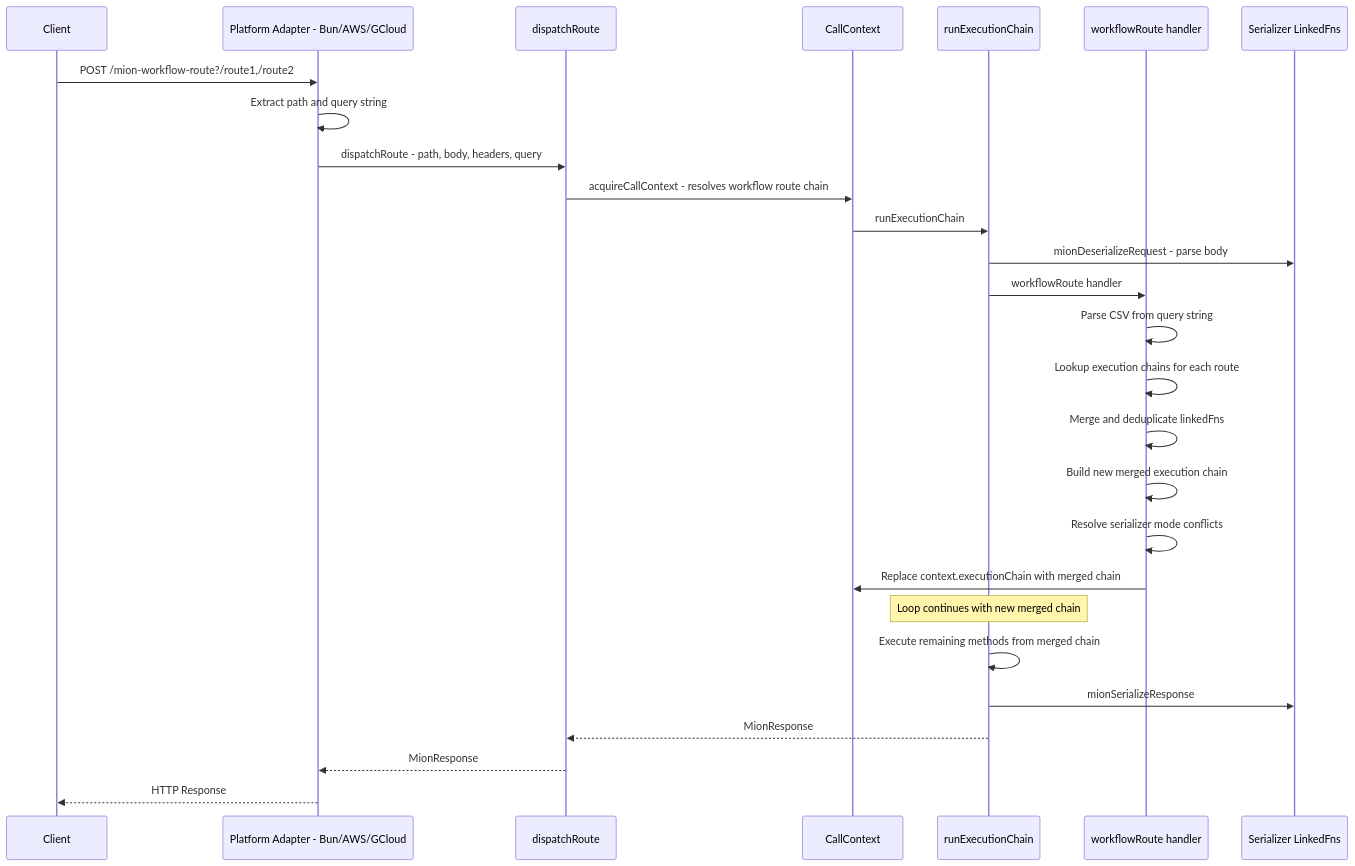
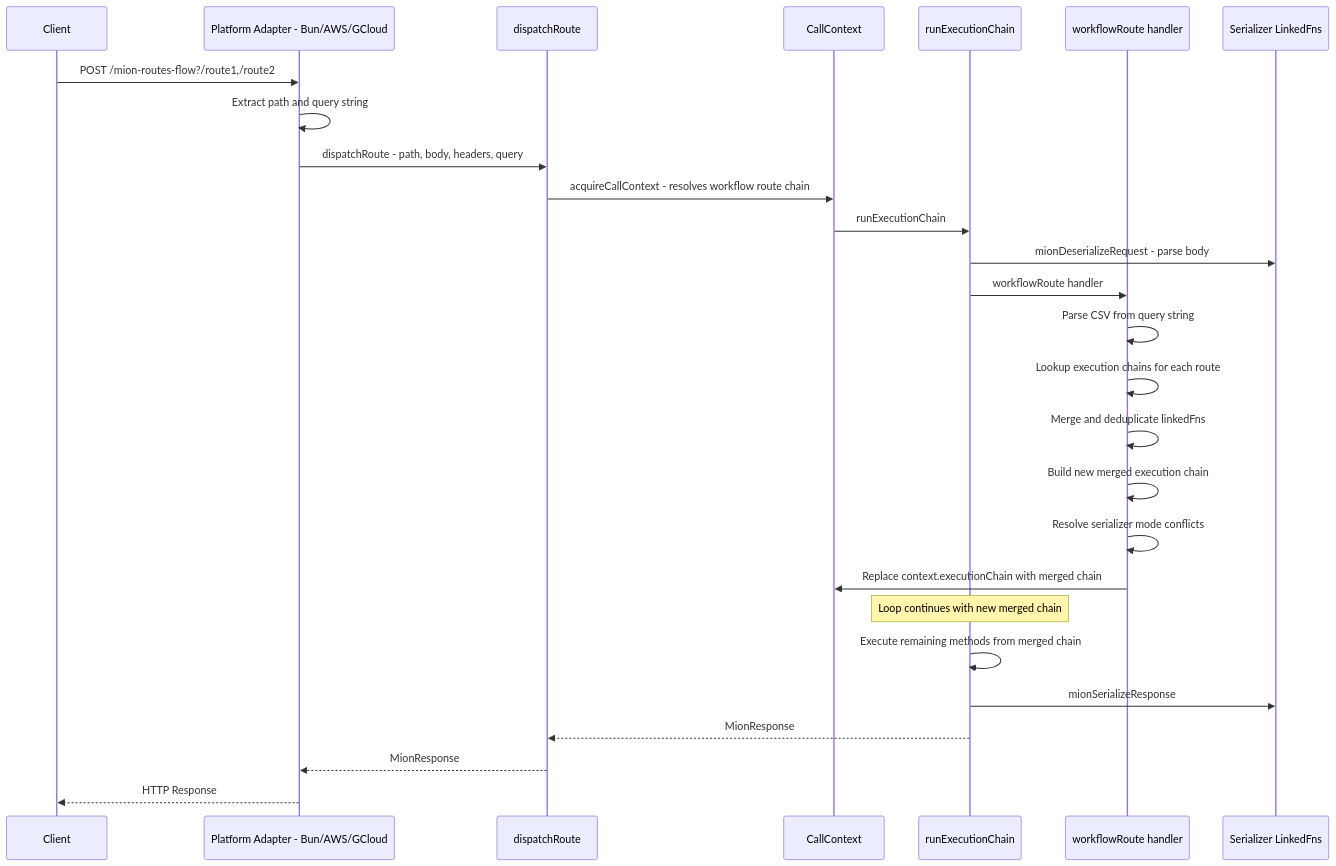
One commit to MionKit/mion changed the first of 2 diagrams in plans/workflow-feature.md. Above: the diagram before and after it, drawn with Mermaid. The commit also changed other lines of this file and 26 other files, not shown here.

Commit message:
rename workflow to routesFlow

````diff
--- a/plans/workflow-feature.md
+++ b/plans/workflow-feature.md
@@ -15,30 +15,30 @@
 ```mermaid
 sequenceDiagram
     participant Client
     participant Adapter as Platform Adapter - Bun/AWS/GCloud
     participant Dispatch as dispatchRoute
     participant Context as CallContext
     participant Chain as runExecutionChain
     participant WF as workflowRoute handler
     participant Serializer as Serializer LinkedFns
 
-    Client->>Adapter: POST /mion-workflow-route?/route1,/route2
+    Client->>Adapter: POST /mion-routes-flow?/route1,/route2
     Adapter->>Adapter: Extract path and query string
     Adapter->>Dispatch: dispatchRoute - path, body, headers, query
     Dispatch->>Context: acquireCallContext - resolves workflow route chain
     Context->>Chain: runExecutionChain
     Chain->>Serializer: mionDeserializeRequest - parse body
     Chain->>WF: workflowRoute handler
     WF->>WF: Parse CSV from query string
     WF->>WF: Lookup execution chains for each route
     WF->>WF: Merge and deduplicate linkedFns
     WF->>WF: Build new merged execution chain
     WF->>WF: Resolve serializer mode conflicts
     WF->>Context: Replace context.executionChain with merged chain
     Note over Chain: Loop continues with new merged chain
     Chain->>Chain: Execute remaining methods from merged chain
     Chain->>Serializer: mionSerializeResponse
     Chain-->>Dispatch: MionResponse
     Dispatch-->>Adapter: MionResponse
     Adapter-->>Client: HTTP Response
 ```
````
